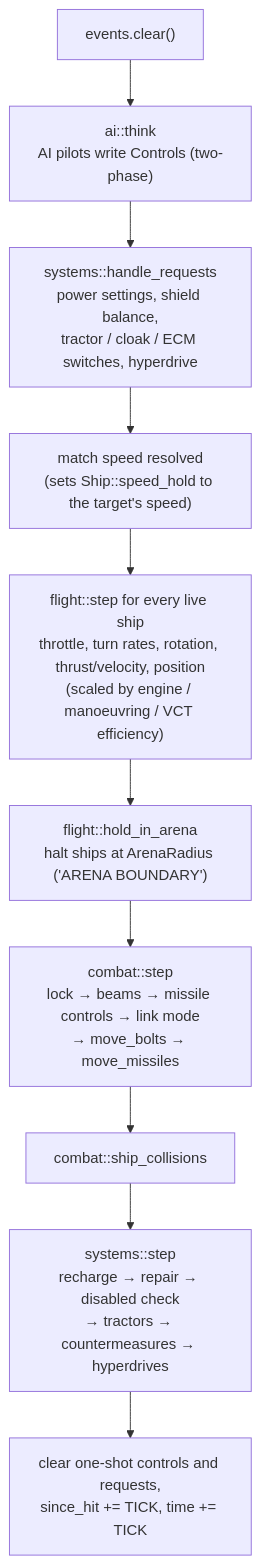
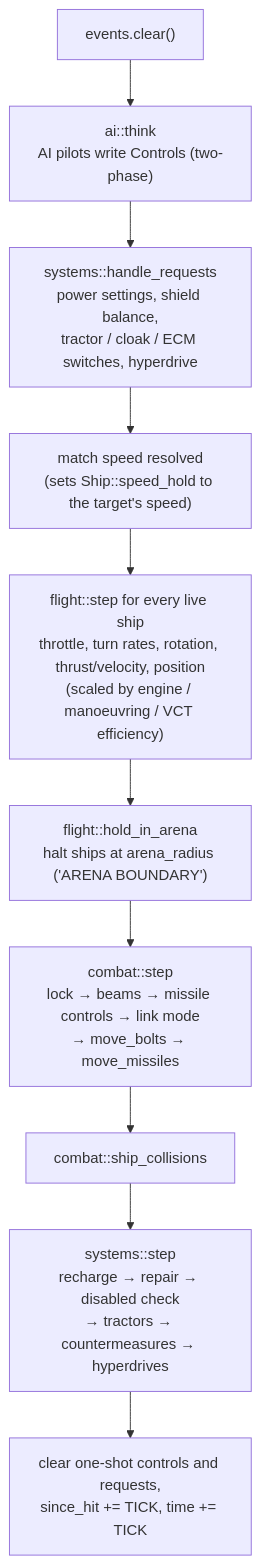
Before and after one commit to bbogovich/OpenInterceptor: the first of 4 diagrams in docs/architecture/sim.md, drawn with Mermaid. The commit also changed other lines of this file and 56 other files, not shown here.

````diff
--- a/docs/architecture/sim.md
+++ b/docs/architecture/sim.md
@@ -13,12 +13,12 @@
 ```mermaid
 flowchart TD
     A["events.clear()"] --> B["ai::think<br/>AI pilots write Controls (two-phase)"]
     B --> B2["systems::handle_requests<br/>power settings, shield balance,<br/>tractor / cloak / ECM switches, hyperdrive"]
     B2 --> C["match speed resolved<br/>(sets Ship::speed_hold to the target's speed)"]
     C --> D["flight::step for every live ship<br/>throttle, turn rates, rotation, thrust/velocity, position<br/>(scaled by engine / manoeuvring / VCT efficiency)"]
-    D --> D2["flight::hold_in_arena<br/>halt ships at ArenaRadius ('ARENA BOUNDARY')"]
+    D --> D2["flight::hold_in_arena<br/>halt ships at arena_radius ('ARENA BOUNDARY')"]
     D2 --> E["combat::step<br/>lock → beams → missile controls → link mode<br/>→ move_bolts → move_missiles"]
     E --> F["combat::ship_collisions"]
     F --> S["systems::step<br/>recharge → repair → disabled check<br/>→ tractors → countermeasures → hyperdrives"]
     S --> G["clear one-shot controls and requests,<br/>since_hit += TICK, time += TICK"]
 ```
````
